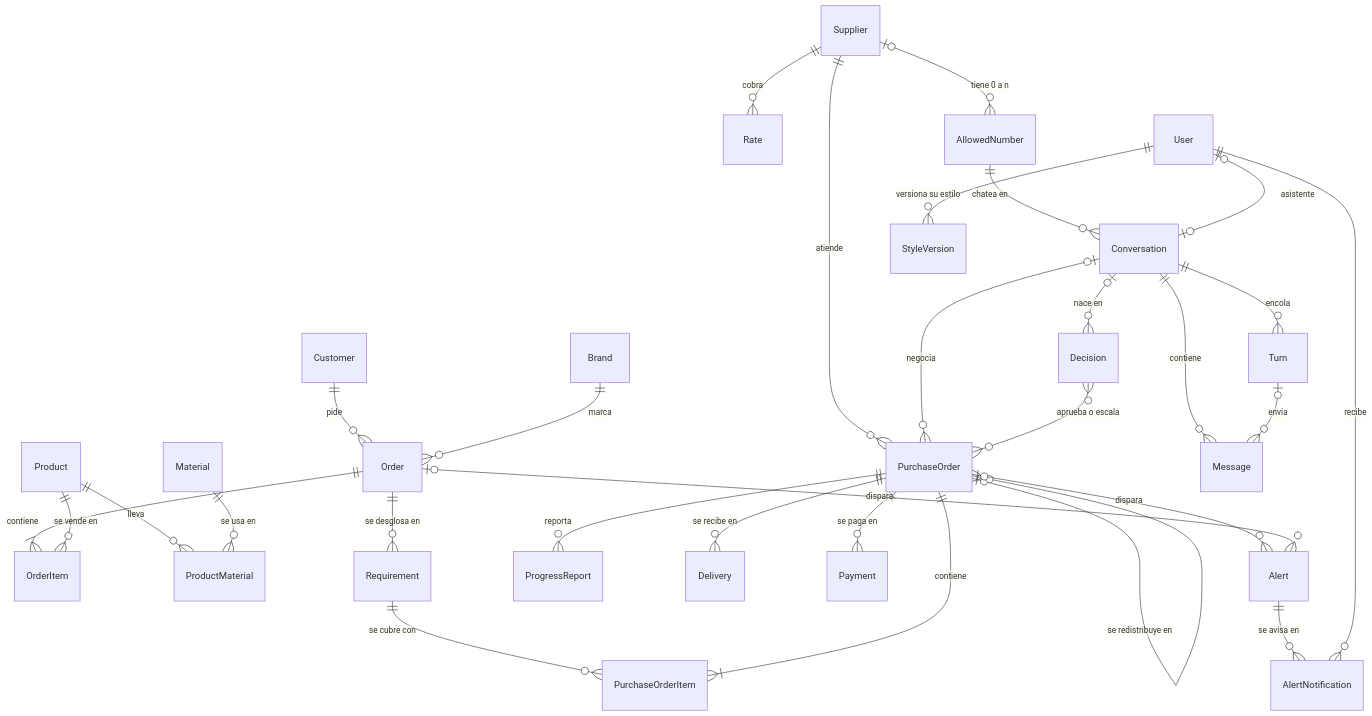
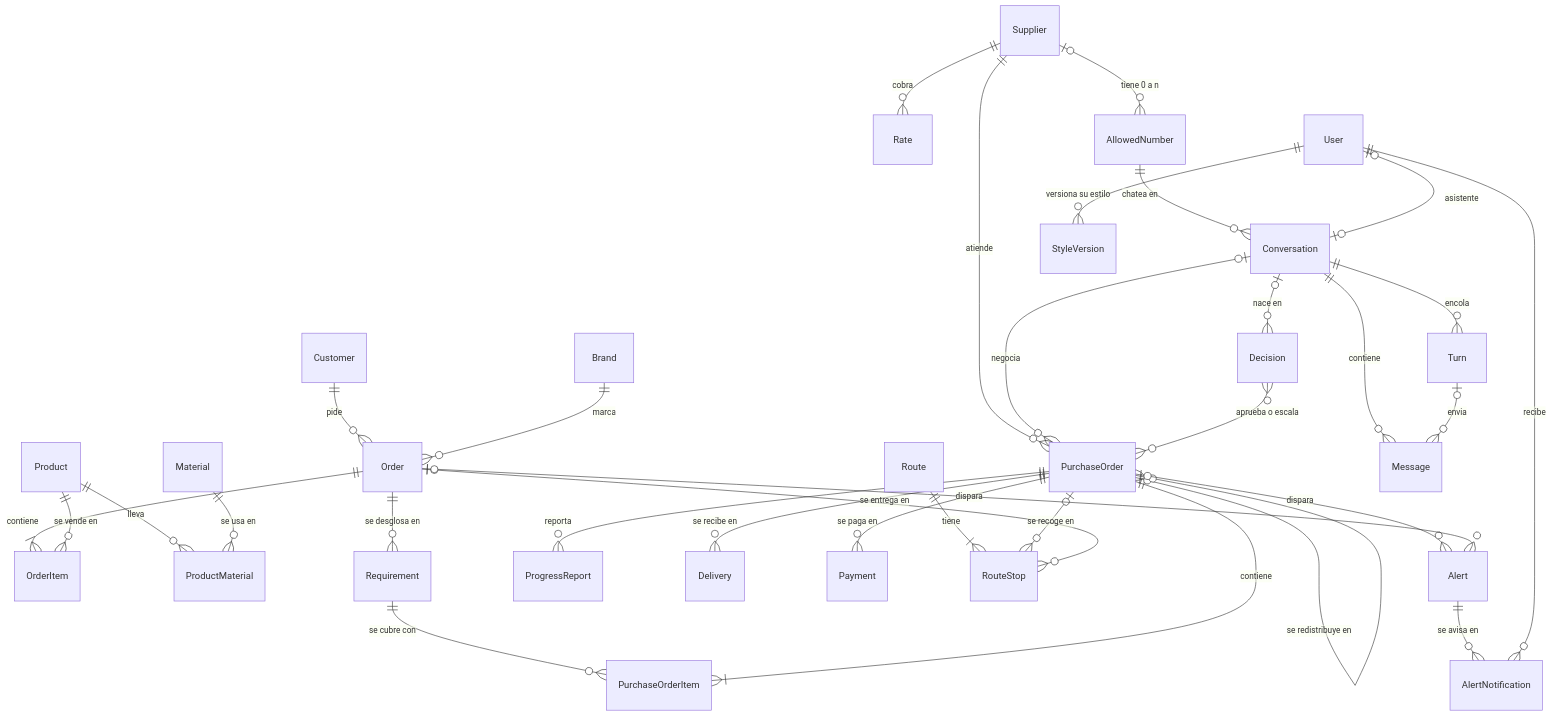
The first of 13 diagrams in docs/backend/modelo-de-datos.md (oscargicast/corpotex), drawn with Mermaid before and after one commit. The commit also changed other lines of this file and 1 other file, not shown here.

````diff
--- a/docs/backend/modelo-de-datos.md
+++ b/docs/backend/modelo-de-datos.md
@@ -261,32 +271,35 @@
 ```mermaid
 erDiagram
     Customer ||--o{ Order : "pide"
     Brand ||--o{ Order : "marca"
     Order ||--|{ OrderItem : "contiene"
     Product ||--o{ OrderItem : "se vende en"
     Product ||--o{ ProductMaterial : "lleva"
     Material ||--o{ ProductMaterial : "se usa en"
     Order ||--o{ Requirement : "se desglosa en"
     Requirement ||--o{ PurchaseOrderItem : "se cubre con"
     PurchaseOrder ||--|{ PurchaseOrderItem : "contiene"
     Supplier ||--o{ PurchaseOrder : "atiende"
     Supplier ||--o{ Rate : "cobra"
     PurchaseOrder |o--o{ PurchaseOrder : "se redistribuye en"
     PurchaseOrder ||--o{ ProgressReport : "reporta"
     PurchaseOrder ||--o{ Delivery : "se recibe en"
     PurchaseOrder ||--o{ Payment : "se paga en"
+    Route ||--|{ RouteStop : "tiene"
+    PurchaseOrder |o--o{ RouteStop : "se recoge en"
+    Order |o--o{ RouteStop : "se entrega en"
     Supplier |o--o{ AllowedNumber : "tiene 0 a n"
     AllowedNumber ||--o{ Conversation : "chatea en"
     User |o--o| Conversation : "asistente"
     User ||--o{ StyleVersion : "versiona su estilo"
     Conversation |o--o{ PurchaseOrder : "negocia"
     Conversation ||--o{ Message : "contiene"
     Conversation ||--o{ Turn : "encola"
     Turn |o--o{ Message : "envia"
     Decision }o--o{ PurchaseOrder : "aprueba o escala"
     Conversation |o--o{ Decision : "nace en"
     PurchaseOrder |o--o{ Alert : "dispara"
     Order |o--o{ Alert : "dispara"
     Alert ||--o{ AlertNotification : "se avisa en"
     User ||--o{ AlertNotification : "recibe"
 ```
````
